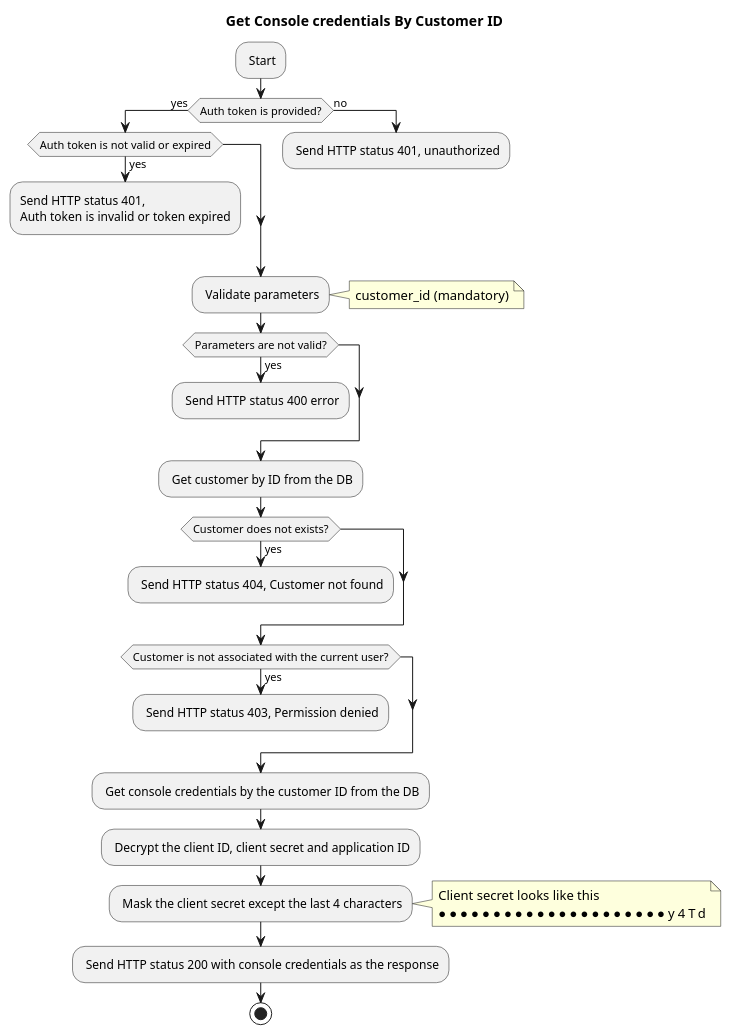
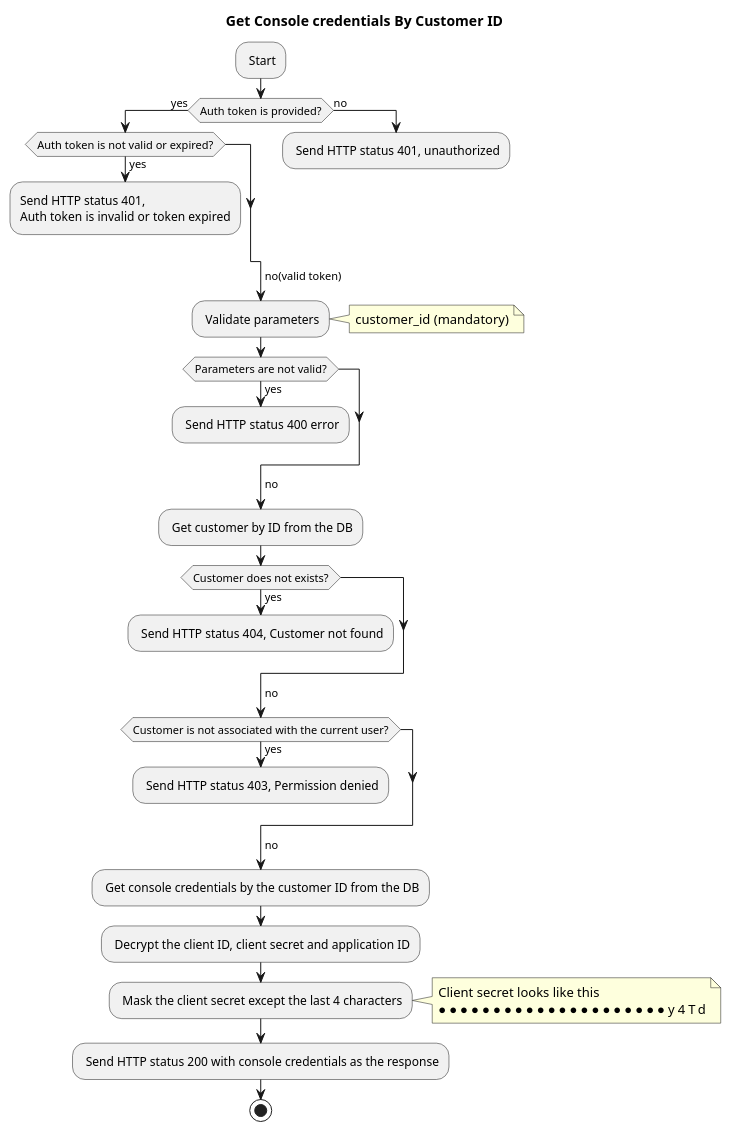
The diagram in docsrc/apidocs/api-workflow/api-admin/admin-get-customer-details.puml (SonySemiconductorSolutions/aitrios-sample-tool-angle-adjustment), drawn with PlantUML before and after one commit. The commit also changed 264 other files, not shown here.

```diff
--- a/docsrc/apidocs/api-workflow/api-admin/admin-get-customer-details.puml
+++ b/docsrc/apidocs/api-workflow/api-admin/admin-get-customer-details.puml
@@ -1,41 +1,45 @@
 @startuml Admin getting customer details
 title Get Console credentials By Customer ID
 
 : Start;
 if (Auth token is provided?) then (yes)
-    if (Auth token is not valid or expired) then (yes)
+    if (Auth token is not valid or expired?) then (yes)
         :Send HTTP status 401,
         Auth token is invalid or token expired;
         kill
     endif
 else (no)
     : Send HTTP status 401, unauthorized;
     kill
 endif
+->no(valid token);
 : Validate parameters;
 note right
     customer_id (mandatory)
 end note
 if (Parameters are not valid?) then (yes)
     : Send HTTP status 400 error;
     kill
 endif
+->no;
 : Get customer by ID from the DB;
 if (Customer does not exists?) then (yes)
     : Send HTTP status 404, Customer not found;
     kill
 endif
+->no;
 if (Customer is not associated with the current user?) then (yes)
     : Send HTTP status 403, Permission denied;
     kill
 endif
+->no;
 : Get console credentials by the customer ID from the DB;
 : Decrypt the client ID, client secret and application ID;
 : Mask the client secret except the last 4 characters;
 note right
 Client secret looks like this
 ●●●●●●●●●●●●●●●●●●●●●y4Td
 end note
 : Send HTTP status 200 with console credentials as the response;
 stop
 @enduml
```
